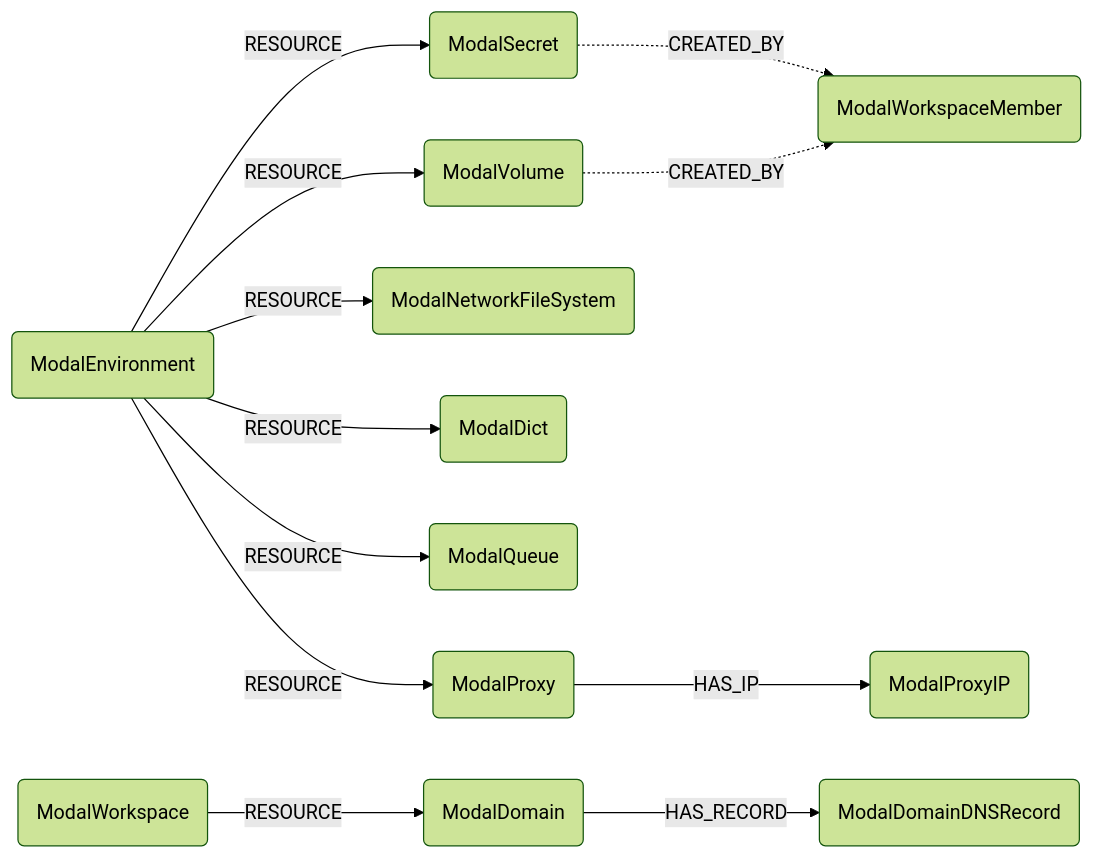
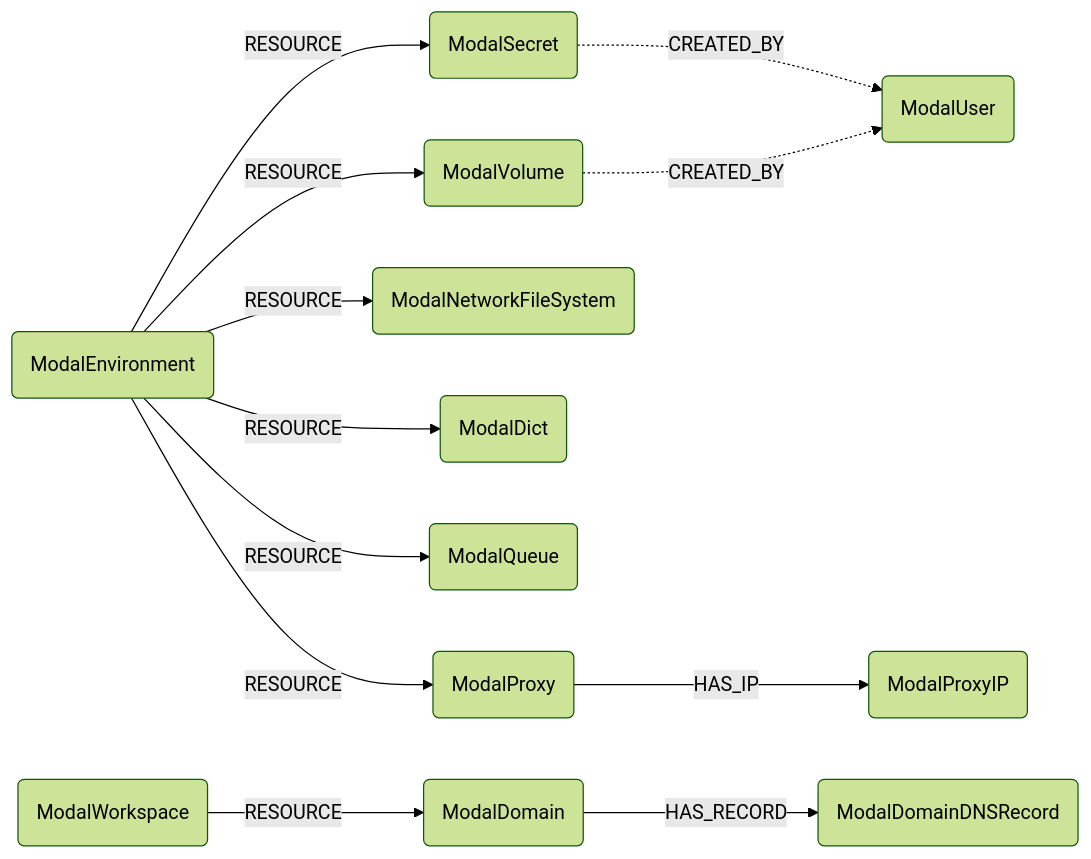
One commit to cartography-cncf/cartography changed the third of 3 diagrams in docs/root/modules/modal/schema.md. Above: the diagram before and after it, drawn with Mermaid (forest theme). The commit also changed other lines of this file and 17 other files, not shown here.

````diff
--- a/docs/root/modules/modal/schema.md
+++ b/docs/root/modules/modal/schema.md
@@ -41,14 +41,14 @@
 ```mermaid
 graph LR
     E(ModalEnvironment) -->|RESOURCE| SE(ModalSecret)
     E -->|RESOURCE| V(ModalVolume)
     E -->|RESOURCE| N(ModalNetworkFileSystem)
     E -->|RESOURCE| D(ModalDict)
     E -->|RESOURCE| Q(ModalQueue)
     E -->|RESOURCE| P(ModalProxy)
     P -->|HAS_IP| PI(ModalProxyIP)
-    SE -.->|CREATED_BY| M(ModalWorkspaceMember)
+    SE -.->|CREATED_BY| M(ModalUser)
     V -.->|CREATED_BY| M
     W(ModalWorkspace) -->|RESOURCE| DM(ModalDomain)
     DM -->|HAS_RECORD| DR(ModalDomainDNSRecord)
 ```
````
